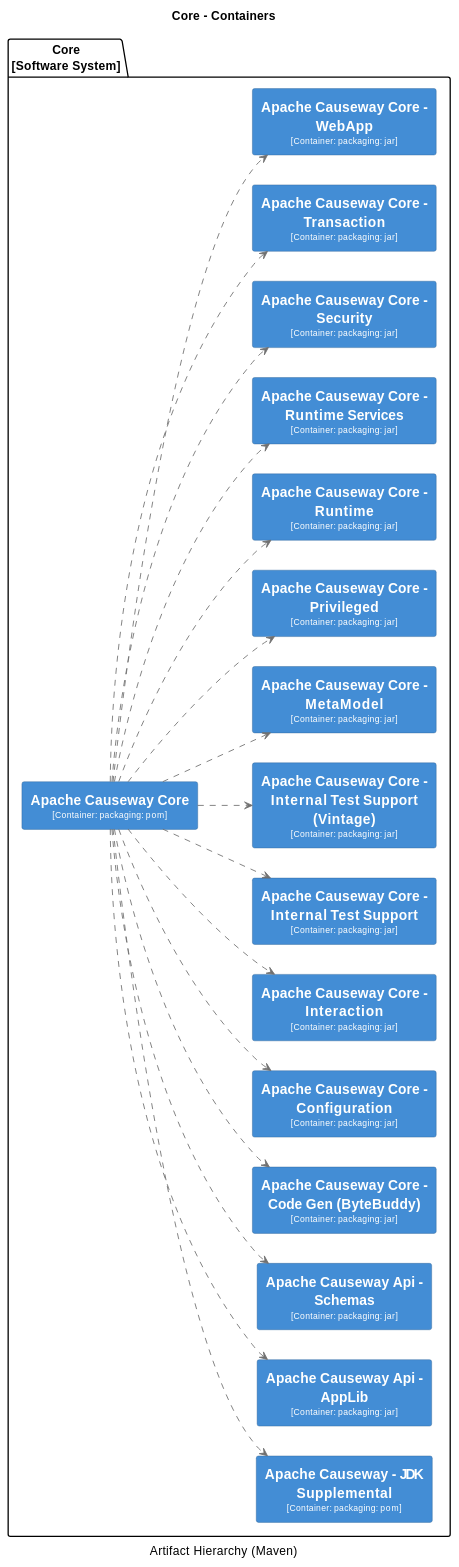
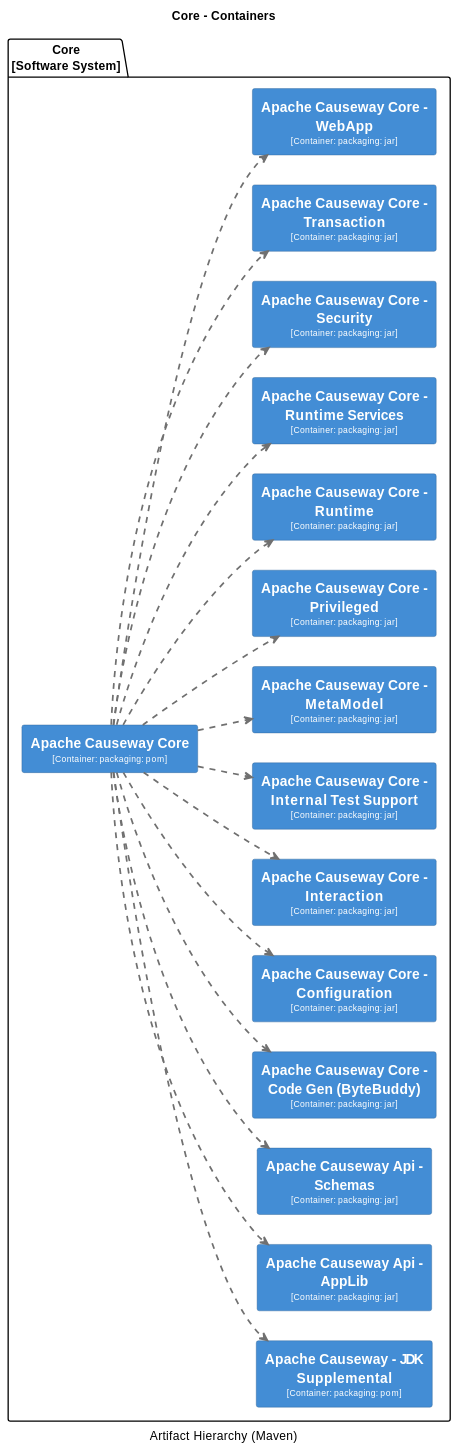
Before and after one commit to apache/causeway: the seventh of 31 diagrams in core/adoc/modules/_overview/pages/about.adoc, drawn with PlantUML. The commit also changed other lines of this file and 44 other files, not shown here.

```diff
--- a/core/adoc/modules/_overview/pages/about.adoc
+++ b/core/adoc/modules/_overview/pages/about.adoc
@@ -1093,115 +1332,108 @@
 skinparam rectangle<<11>> {
   BackgroundColor #438dd5
   FontColor #fffffe
-  BorderColor #2E6295
+  BorderColor #2e6295
 }
 skinparam rectangle<<12>> {
   BackgroundColor #438dd5
   FontColor #fffffe
-  BorderColor #2E6295
+  BorderColor #2e6295
 }
 skinparam rectangle<<13>> {
   BackgroundColor #438dd5
   FontColor #fffffe
-  BorderColor #2E6295
+  BorderColor #2e6295
 }
 skinparam rectangle<<14>> {
   BackgroundColor #438dd5
   FontColor #fffffe
-  BorderColor #2E6295
+  BorderColor #2e6295
 }
 skinparam rectangle<<15>> {
   BackgroundColor #438dd5
   FontColor #fffffe
-  BorderColor #2E6295
+  BorderColor #2e6295
 }
 skinparam rectangle<<16>> {
   BackgroundColor #438dd5
   FontColor #fffffe
-  BorderColor #2E6295
-}
-skinparam rectangle<<17>> {
-  BackgroundColor #438dd5
-  FontColor #fffffe
-  BorderColor #2E6295
+  BorderColor #2e6295
 }
 skinparam rectangle<<2>> {
   BackgroundColor #438dd5
   FontColor #fffffe
-  BorderColor #2E6295
+  BorderColor #2e6295
 }
 skinparam rectangle<<3>> {
   BackgroundColor #438dd5
   FontColor #fffffe
-  BorderColor #2E6295
+  BorderColor #2e6295
 }
 skinparam rectangle<<4>> {
   BackgroundColor #438dd5
   FontColor #fffffe
-  BorderColor #2E6295
+  BorderColor #2e6295
 }
 skinparam rectangle<<5>> {
   BackgroundColor #438dd5
   FontColor #fffffe
-  BorderColor #2E6295
+  BorderColor #2e6295
 }
 skinparam rectangle<<6>> {
   BackgroundColor #438dd5
   FontColor #fffffe
-  BorderColor #2E6295
+  BorderColor #2e6295
 }
 skinparam rectangle<<7>> {
   BackgroundColor #438dd5
   FontColor #fffffe
-  BorderColor #2E6295
+  BorderColor #2e6295
 }
 skinparam rectangle<<8>> {
   BackgroundColor #438dd5
   FontColor #fffffe
-  BorderColor #2E6295
+  BorderColor #2e6295
 }
 skinparam rectangle<<9>> {
   BackgroundColor #438dd5
   FontColor #fffffe
-  BorderColor #2E6295
+  BorderColor #2e6295
 }
 skinparam rectangle<<10>> {
   BackgroundColor #438dd5
   FontColor #fffffe
-  BorderColor #2E6295
+  BorderColor #2e6295
 }
 package "Core\n[Software System]" {
-  rectangle "==Apache Causeway - JDK Supplemental\n<size:10>[Container: packaging: pom]</size>" <<16>> as 16
+  rectangle "==Apache Causeway - JDK Supplemental\n<size:10>[Container: packaging: pom]</size>" <<15>> as 15
   rectangle "==Apache Causeway Api - AppLib\n<size:10>[Container: packaging: jar]</size>" <<3>> as 3
-  rectangle "==Apache Causeway Api - Schemas\n<size:10>[Container: packaging: jar]</size>" <<17>> as 17
+  rectangle "==Apache Causeway Api - Schemas\n<size:10>[Container: packaging: jar]</size>" <<16>> as 16
   rectangle "==Apache Causeway Core\n<size:10>[Container: packaging: pom]</size>" <<2>> as 2
   rectangle "==Apache Causeway Core - Code Gen (ByteBuddy)\n<size:10>[Container: packaging: jar]</size>" <<4>> as 4
   rectangle "==Apache Causeway Core - Configuration\n<size:10>[Container: packaging: jar]</size>" <<5>> as 5
   rectangle "==Apache Causeway Core - Interaction\n<size:10>[Container: packaging: jar]</size>" <<6>> as 6
   rectangle "==Apache Causeway Core - Internal Test Support\n<size:10>[Container: packaging: jar]</size>" <<7>> as 7
-  rectangle "==Apache Causeway Core - Internal Test Support (Vintage)\n<size:10>[Container: packaging: jar]</size>" <<8>> as 8
-  rectangle "==Apache Causeway Core - MetaModel\n<size:10>[Container: packaging: jar]</size>" <<9>> as 9
-  rectangle "==Apache Causeway Core - Privileged\n<size:10>[Container: packaging: jar]</size>" <<10>> as 10
-  rectangle "==Apache Causeway Core - Runtime\n<size:10>[Container: packaging: jar]</size>" <<11>> as 11
-  rectangle "==Apache Causeway Core - Runtime Services\n<size:10>[Container: packaging: jar]</size>" <<12>> as 12
-  rectangle "==Apache Causeway Core - Security\n<size:10>[Container: packaging: jar]</size>" <<13>> as 13
-  rectangle "==Apache Causeway Core - Transaction\n<size:10>[Container: packaging: jar]</size>" <<14>> as 14
-  rectangle "==Apache Causeway Core - WebApp\n<size:10>[Container: packaging: jar]</size>" <<15>> as 15
+  rectangle "==Apache Causeway Core - MetaModel\n<size:10>[Container: packaging: jar]</size>" <<8>> as 8
+  rectangle "==Apache Causeway Core - Privileged\n<size:10>[Container: packaging: jar]</size>" <<9>> as 9
+  rectangle "==Apache Causeway Core - Runtime\n<size:10>[Container: packaging: jar]</size>" <<10>> as 10
+  rectangle "==Apache Causeway Core - Runtime Services\n<size:10>[Container: packaging: jar]</size>" <<11>> as 11
+  rectangle "==Apache Causeway Core - Security\n<size:10>[Container: packaging: jar]</size>" <<12>> as 12
+  rectangle "==Apache Causeway Core - Transaction\n<size:10>[Container: packaging: jar]</size>" <<13>> as 13
+  rectangle "==Apache Causeway Core - WebApp\n<size:10>[Container: packaging: jar]</size>" <<14>> as 14
 }
-2 .[#707070].> 16 : ""
-2 .[#707070].> 3 : ""
-2 .[#707070].> 17 : ""
-2 .[#707070].> 4 : ""
-2 .[#707070].> 5 : ""
-2 .[#707070].> 6 : ""
-2 .[#707070].> 7 : ""
-2 .[#707070].> 8 : ""
-2 .[#707070].> 9 : ""
-2 .[#707070].> 10 : ""
-2 .[#707070].> 11 : ""
-2 .[#707070].> 12 : ""
-2 .[#707070].> 13 : ""
-2 .[#707070].> 14 : ""
-2 .[#707070].> 15 : ""
+2 .[#707070,thickness=2].> 15 : ""
+2 .[#707070,thickness=2].> 3 : ""
+2 .[#707070,thickness=2].> 16 : ""
+2 .[#707070,thickness=2].> 4 : ""
+2 .[#707070,thickness=2].> 5 : ""
+2 .[#707070,thickness=2].> 6 : ""
+2 .[#707070,thickness=2].> 7 : ""
+2 .[#707070,thickness=2].> 8 : ""
+2 .[#707070,thickness=2].> 9 : ""
+2 .[#707070,thickness=2].> 10 : ""
+2 .[#707070,thickness=2].> 11 : ""
+2 .[#707070,thickness=2].> 12 : ""
+2 .[#707070,thickness=2].> 13 : ""
+2 .[#707070,thickness=2].> 14 : ""
 @enduml
 ----
```
